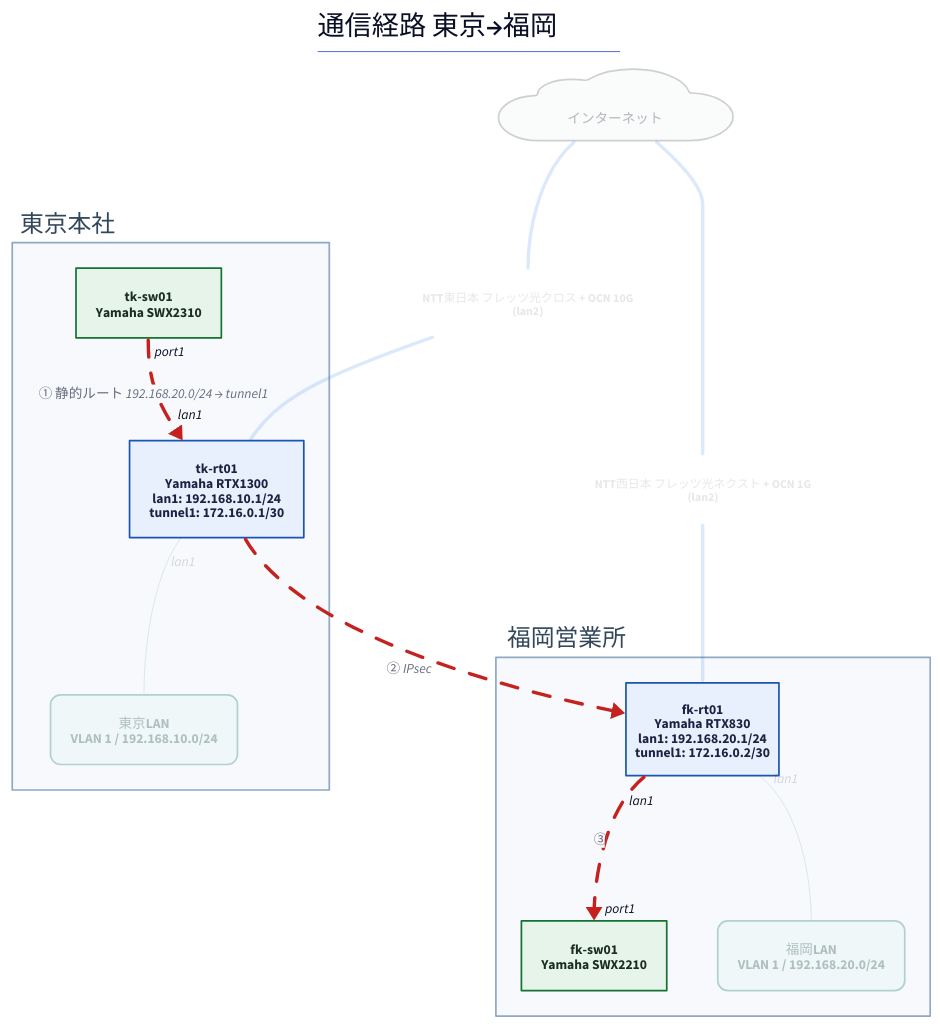
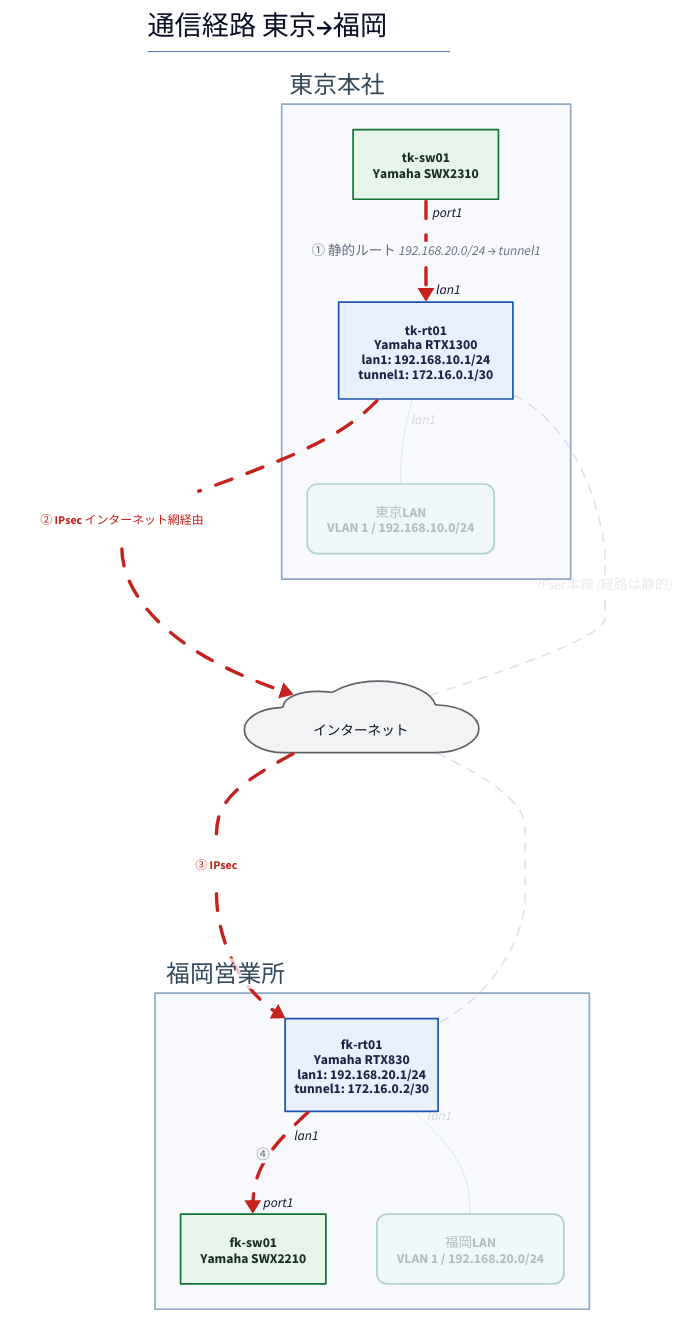
The diagram in examples/two-site-ipsec/generated/path-normal.d2 (thinas1115/nwdsl), drawn with D2 before and after one commit. The commit also changed 51 other files, not shown here.

```diff
--- a/examples/two-site-ipsec/generated/path-normal.d2
+++ b/examples/two-site-ipsec/generated/path-normal.d2
@@ -1,53 +1,54 @@
 title: |md
   # 通信経路 東京→福岡
 | {near: top-center}
 direction: down
 
 classes: {
   role-router: {style.fill: "#e8f0fe"; style.stroke: "#1a56b0"; style.font-color: "#1a2340"}
   role-l3switch: {style.fill: "#d2e3fc"; style.stroke: "#1a56b0"; style.font-color: "#1a2340"}
   role-l2switch: {style.fill: "#e6f4ea"; style.stroke: "#137333"; style.font-color: "#1a2e1f"}
   role-firewall: {style.fill: "#fce8e6"; style.stroke: "#c5221f"; style.font-color: "#3c1a19"}
   role-other: {style.fill: "#f1f3f4"; style.stroke: "#5f6368"; style.font-color: "#202124"}
   node-cloud: {shape: cloud; style.fill: "#f1f3f4"; style.stroke: "#5f6368"}
   node-site: {style.fill: "#fff8e1"; style.stroke: "#b58105"; style.font-color: "#4a3a08"}
   node-segment: {style.fill: "#e2f5f0"; style.stroke: "#0f766e"; style.font-color: "#0b3d38"; style.border-radius: 12}
   node-external: {style.fill: "#ffffff"; style.stroke: "#9aa0a6"; style.stroke-dash: 3}
   group-site: {style.fill: "#f7f9fc"; style.stroke: "#8fa8c4"; style.font-color: "#33475b"}
   edge-label: {style.fill: "transparent"; style.stroke: "transparent"; style.font-size: 14; style.font-color: "#5f6368"; style.italic: true}
   edge-lan-cable: {style.stroke: "#4a4a4a"; style.stroke-width: 2}
   edge-wan-circuit: {style.stroke: "#1a73e8"; style.stroke-width: 4}
   edge-tunnel: {style.stroke: "#7b1fa2"; style.stroke-width: 2; style.stroke-dash: 5}
   edge-logical: {style.stroke: "#188038"; style.stroke-width: 2; style.stroke-dash: 3}
   edge-segment: {style.stroke: "#0f766e"; style.stroke-width: 1}
 }
 
 s_tokyo: "東京本社" {
   class: group-site
   label.near: outside-top-left
   n_tk_rt01: "tk-rt01\nYamaha RTX1300\nlan1: 192.168.10.1/24\ntunnel1: 172.16.0.1/30" {class: role-router}
   n_tk_sw01: "tk-sw01\nYamaha SWX2310" {class: role-l2switch}
   n_seg__tk_lan: "東京LAN\nVLAN 1 / 192.168.10.0/24" {class: node-segment; style.opacity: 0.3}
 }
 
 s_fukuoka: "福岡営業所" {
   class: group-site
   label.near: outside-top-left
   n_fk_rt01: "fk-rt01\nYamaha RTX830\nlan1: 192.168.20.1/24\ntunnel1: 172.16.0.2/30" {class: role-router; width: 180}
   n_fk_sw01: "fk-sw01\nYamaha SWX2210" {class: role-l2switch}
   n_seg__fk_lan: "福岡LAN\nVLAN 1 / 192.168.20.0/24" {class: node-segment; style.opacity: 0.3}
 }
 
-n_internet: "　インターネット　" {class: node-cloud; style.opacity: 0.3}
+n_internet: "　インターネット　" {class: node-cloud}
 
 s_tokyo.n_tk_sw01 -> s_tokyo.n_tk_rt01: "① 静的ルート 192.168.20.0/24 → tunnel1" {class: edge-lan-cable; source-arrowhead.label: "port1"; target-arrowhead.label: "lan1"; style.stroke: "#c5221f"; style.stroke-width: 4; style.animated: true}
-s_fukuoka.n_fk_rt01 -> s_fukuoka.n_fk_sw01: "③" {class: edge-lan-cable; source-arrowhead.label: "lan1"; target-arrowhead.label: "port1"; style.stroke: "#c5221f"; style.stroke-width: 4; style.animated: true}
-lbl_2: "NTT東日本 フレッツ光クロス + OCN 10G\n(lan2)" {class: edge-label; style.opacity: 0.15}
-n_internet -- lbl_2 {class: edge-wan-circuit; style.opacity: 0.15}
-lbl_2 -- s_tokyo.n_tk_rt01 {class: edge-wan-circuit; style.opacity: 0.15}
-lbl_3: "NTT西日本 フレッツ光ネクスト + OCN 1G\n(lan2)" {class: edge-label; style.opacity: 0.15}
-n_internet -- lbl_3 {class: edge-wan-circuit; style.opacity: 0.15}
-lbl_3 -- s_fukuoka.n_fk_rt01 {class: edge-wan-circuit; style.opacity: 0.15}
-s_tokyo.n_tk_rt01 -> s_fukuoka.n_fk_rt01: "② IPsec" {class: edge-tunnel; style.stroke: "#c5221f"; style.stroke-width: 4; style.animated: true}
+s_fukuoka.n_fk_rt01 -> s_fukuoka.n_fk_sw01: "④" {class: edge-lan-cable; source-arrowhead.label: "lan1"; target-arrowhead.label: "port1"; style.stroke: "#c5221f"; style.stroke-width: 4; style.animated: true}
+lbl_2: "② IPsec インターネット網経由" {class: edge-label; style.font-color: "#c5221f"; style.bold: true}
+s_tokyo.n_tk_rt01 -- lbl_2 {class: edge-wan-circuit; style.stroke: "#c5221f"; style.stroke-width: 4; style.animated: true}
+lbl_2 -> n_internet {class: edge-wan-circuit; style.stroke: "#c5221f"; style.stroke-width: 4; style.animated: true}
+lbl_3: "③ IPsec" {class: edge-label; style.font-color: "#c5221f"; style.bold: true}
+n_internet -- lbl_3 {class: edge-wan-circuit; style.stroke: "#c5221f"; style.stroke-width: 4; style.animated: true}
+lbl_3 -> s_fukuoka.n_fk_rt01 {class: edge-wan-circuit; style.stroke: "#c5221f"; style.stroke-width: 4; style.animated: true}
+n_internet -- s_tokyo.n_tk_rt01: "IPsec本線 (経路は静的)" {class: edge-tunnel; style.opacity: 0.15}
+n_internet -- s_fukuoka.n_fk_rt01 {class: edge-tunnel; style.opacity: 0.15}
 s_tokyo.n_tk_rt01 -- s_tokyo.n_seg__tk_lan {class: edge-segment; source-arrowhead.label: "lan1"; style.opacity: 0.15}
 s_fukuoka.n_fk_rt01 -- s_fukuoka.n_seg__fk_lan {class: edge-segment; source-arrowhead.label: "lan1"; style.opacity: 0.15}
```
